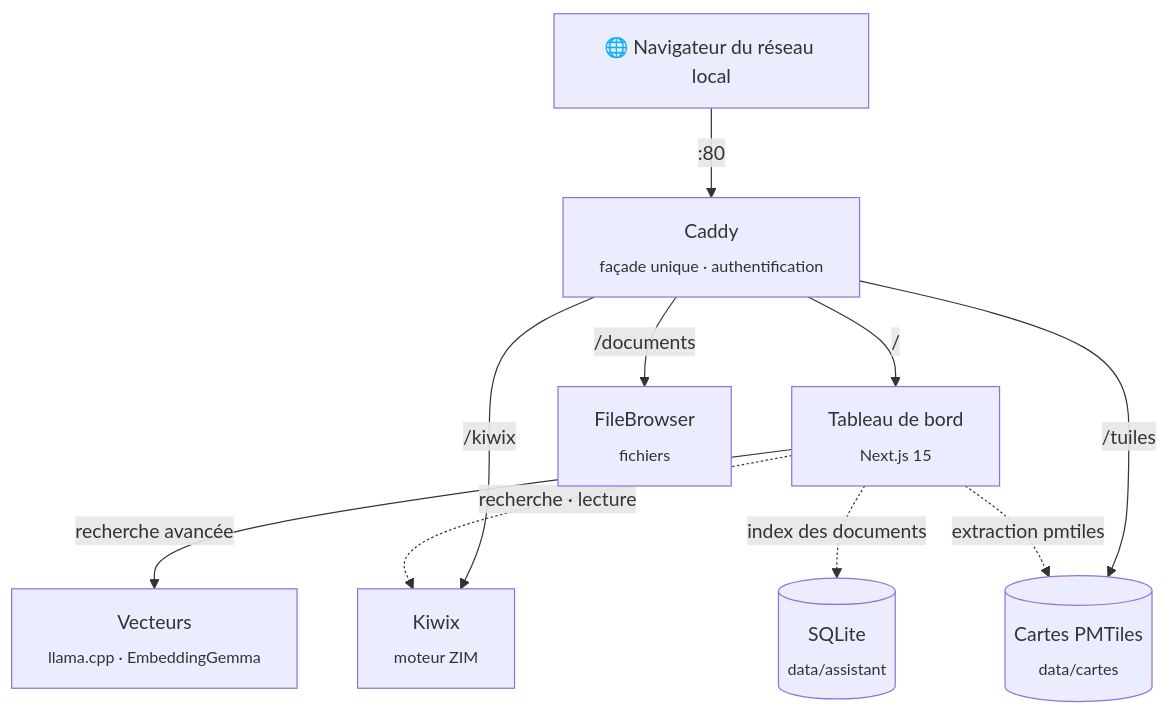
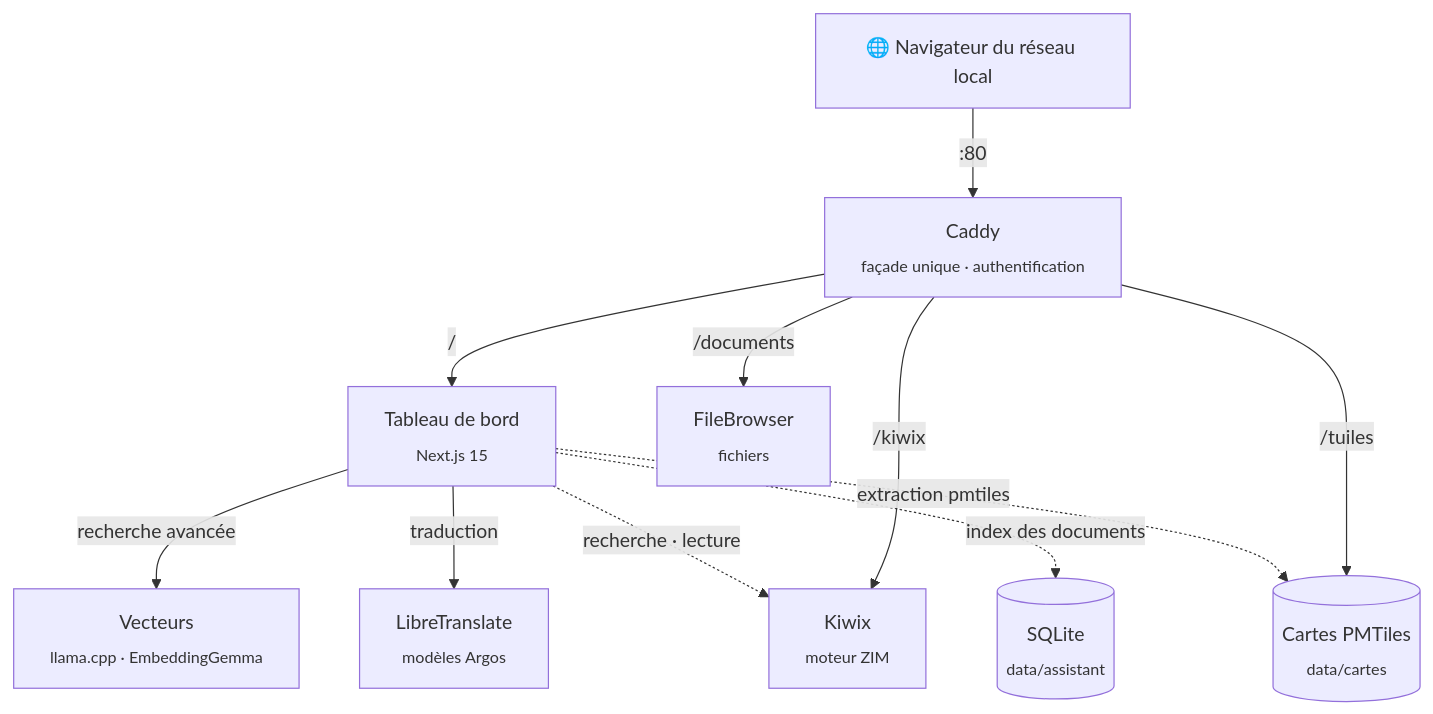
The second of 2 diagrams in README.md (Gorgo126/ODIN), drawn with Mermaid before and after one commit. The commit also changed other lines of this file, not shown here.

Commit message:
README : traduction (fonction, base de 158 Mo, packs de langues, licences), noms des services à jour

````diff
--- a/README.md
+++ b/README.md
@@ -136,13 +157,14 @@
 ```mermaid
 flowchart TB
     N["🌐 Navigateur du réseau local"] -->|":80"| CA
     CA["Caddy<br/><sub>façade unique · authentification</sub>"]
     CA -->|"/"| D["Tableau de bord<br/><sub>Next.js 15</sub>"]
     CA -->|"/kiwix"| K["Kiwix<br/><sub>moteur ZIM</sub>"]
     CA -->|"/documents"| F["FileBrowser<br/><sub>fichiers</sub>"]
     CA -->|"/tuiles"| T[("Cartes PMTiles<br/><sub>data/cartes</sub>")]
     D -->|"recherche avancée"| V["Vecteurs<br/><sub>llama.cpp · EmbeddingGemma</sub>"]
+    D -->|"traduction"| L["LibreTranslate<br/><sub>modèles Argos</sub>"]
     D -.->|"recherche · lecture"| K
     D -.->|"extraction pmtiles"| T
     D -.->|"index des documents"| I[("SQLite<br/><sub>data/assistant</sub>")]
 ```
````
